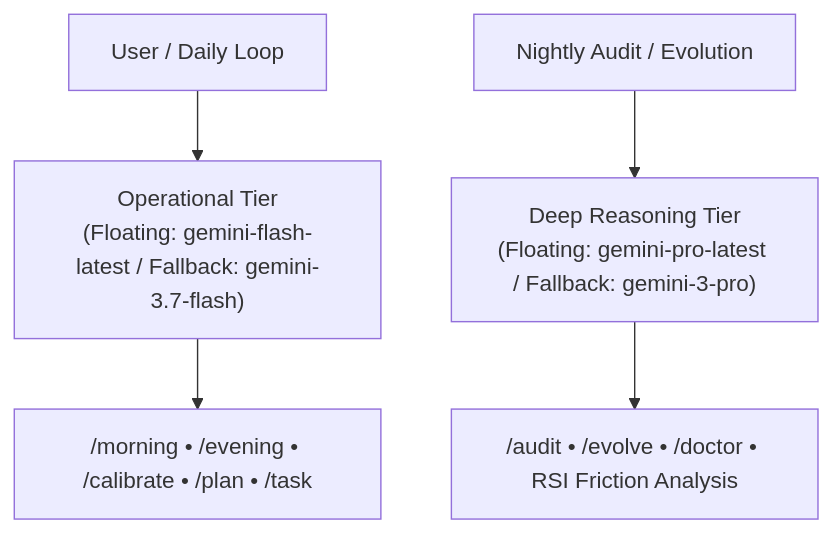
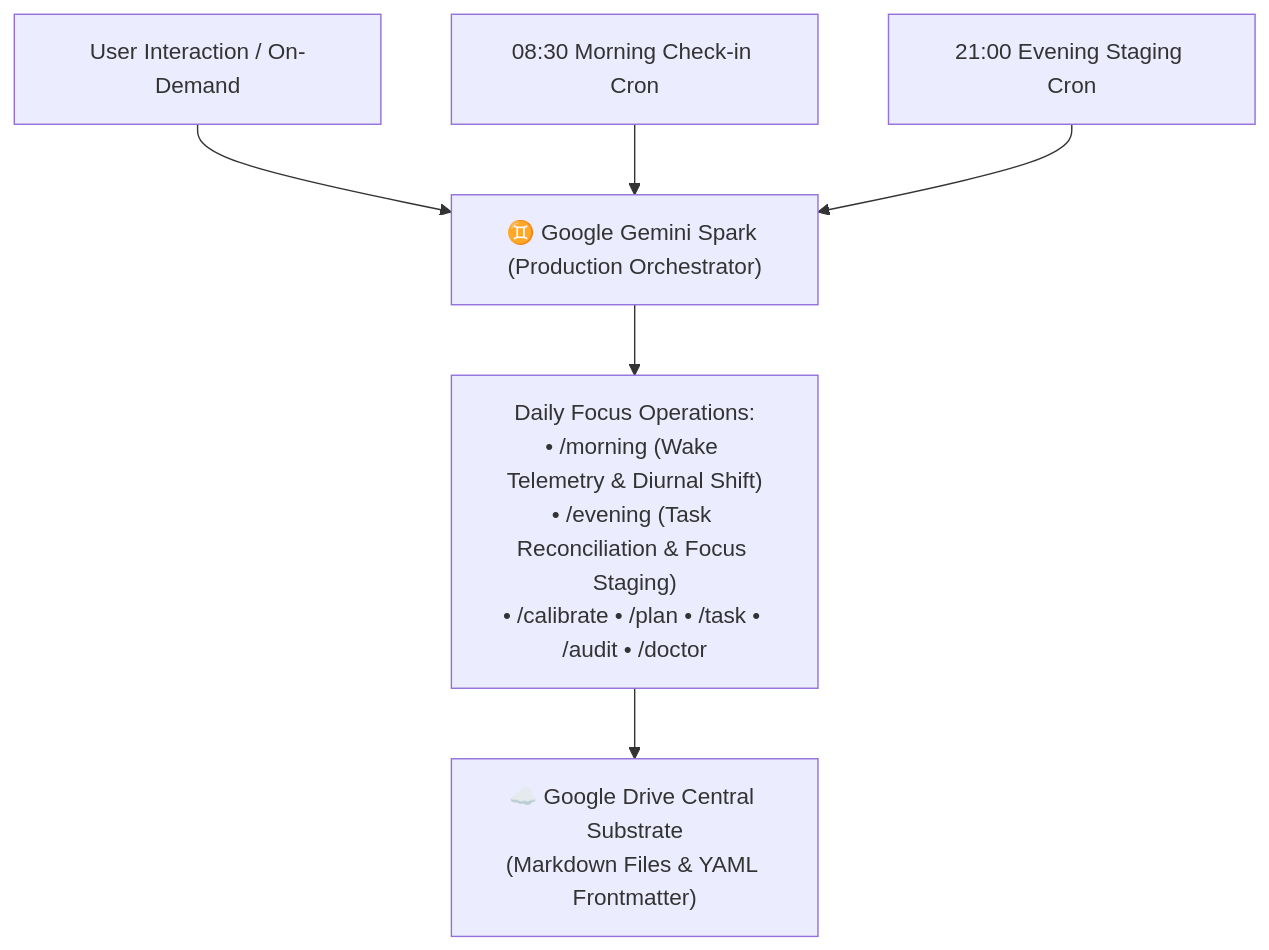
The first of 2 diagrams in System/Orchestrators/Gemini/Adapter-Spec.md (tama-gucci/chrysalis), drawn with Mermaid before and after one commit. The commit also changed other lines of this file and 11 other files, not shown here.

````diff
--- a/System/Orchestrators/Gemini/Adapter-Spec.md
+++ b/System/Orchestrators/Gemini/Adapter-Spec.md
@@ -33,8 +21,10 @@
 ```mermaid
 graph TD
-    User["User / Daily Loop"] --> OpTier["Operational Tier<br/>(Floating: gemini-flash-latest / Fallback: gemini-3.7-flash)"]
-    OpTier --> DailySkills["/morning • /evening • /calibrate • /plan • /task"]
+    User["User Interaction / On-Demand"] --> Spark["♊ Google Gemini Spark (Production Orchestrator)"]
+    CronMorn["08:30 Morning Check-in Cron"] --> Spark
+    CronEve["21:00 Evening Staging Cron"] --> Spark
     
-    System["Nightly Audit / Evolution"] --> DeepTier["Deep Reasoning Tier<br/>(Floating: gemini-pro-latest / Fallback: gemini-3-pro)"]
-    DeepTier --> DeepSkills["/audit • /evolve • /doctor • RSI Friction Analysis"]
+    Spark --> DailyOps["Daily Focus Operations:<br/>• /morning (Wake Telemetry & Diurnal Shift)<br/>• /evening (Task Reconciliation & Focus Staging)<br/>• /calibrate • /plan • /task • /audit • /doctor"]
+    
+    DailyOps --> Substrate["☁️ Google Drive Central Substrate<br/>(Markdown Files & YAML Frontmatter)"]
 ```
````
